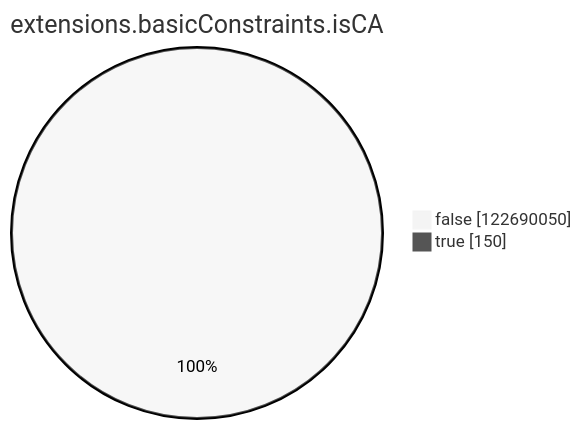
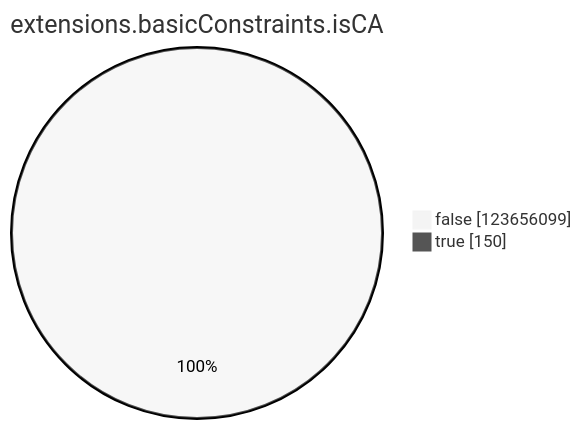
Before and after one commit to christiankrug/ctmonitor_visualization: the seventh of 15 diagrams in xenon2023/README.md, drawn with Mermaid (neutral theme). The commit also changed other lines of this file, not shown here.

````diff
--- a/xenon2023/README.md
+++ b/xenon2023/README.md
@@ -2165,6 +2167,6 @@
 ```mermaid
 pie showData
 title extensions.basicConstraints.isCA
-"false" :122690050
+"false" :123656099
 "true" :150
 ```
````
